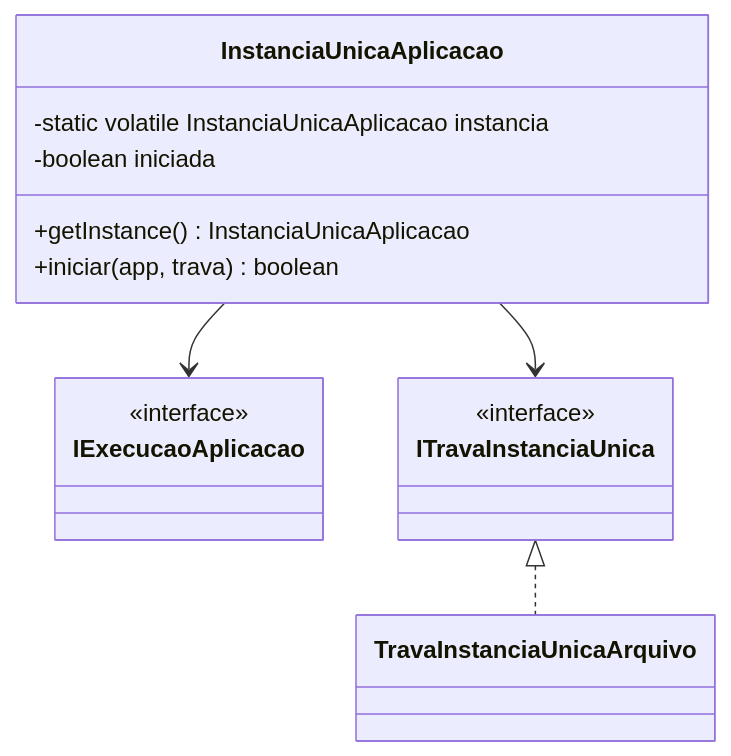
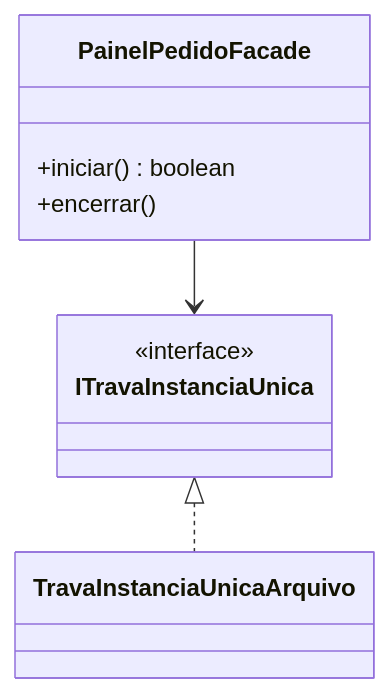
The seventh of 7 diagrams in openspec/specs/painel-acompanhamento-pedidos/design.md (claytonfraga/painel_pedidos_component), drawn with Mermaid before and after one commit. The commit also changed other lines of this file and 12 other files, not shown here.

First line of the commit message:
docs(openspec): instancia unica no componente (spec, feature e artefato)

````diff
--- a/openspec/specs/painel-acompanhamento-pedidos/design.md
+++ b/openspec/specs/painel-acompanhamento-pedidos/design.md
@@ -229,15 +230,11 @@
 ```mermaid
 classDiagram
-    class InstanciaUnicaAplicacao {
-      -static volatile InstanciaUnicaAplicacao instancia
-      -boolean iniciada
-      +getInstance() InstanciaUnicaAplicacao
-      +iniciar(app, trava) boolean
+    class PainelPedidoFacade {
+      +iniciar() boolean
+      +encerrar()
     }
-    class IExecucaoAplicacao { <<interface>> }
     class ITravaInstanciaUnica { <<interface>> }
     class TravaInstanciaUnicaArquivo
-    InstanciaUnicaAplicacao --> IExecucaoAplicacao
-    InstanciaUnicaAplicacao --> ITravaInstanciaUnica
+    PainelPedidoFacade --> ITravaInstanciaUnica
     ITravaInstanciaUnica <|.. TravaInstanciaUnicaArquivo
 ```
````
